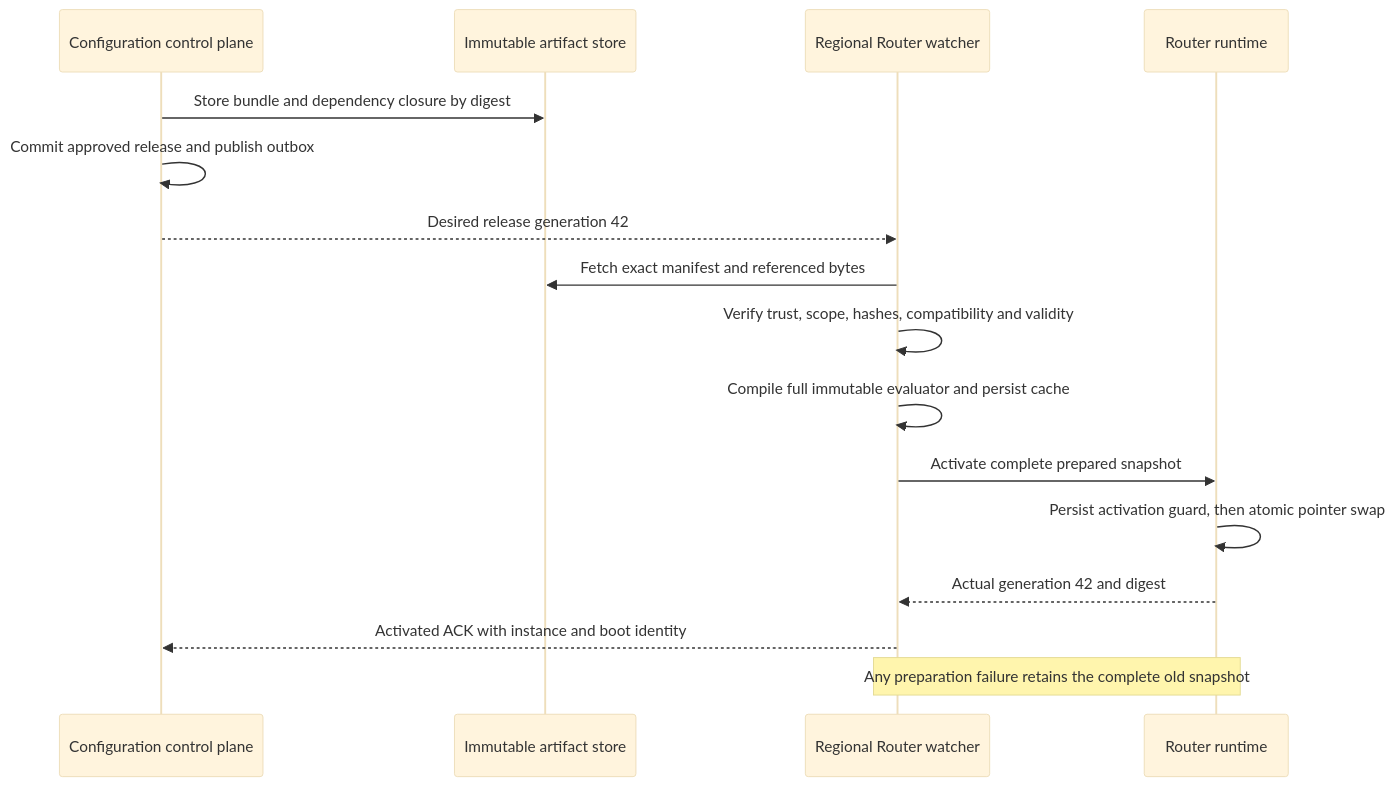
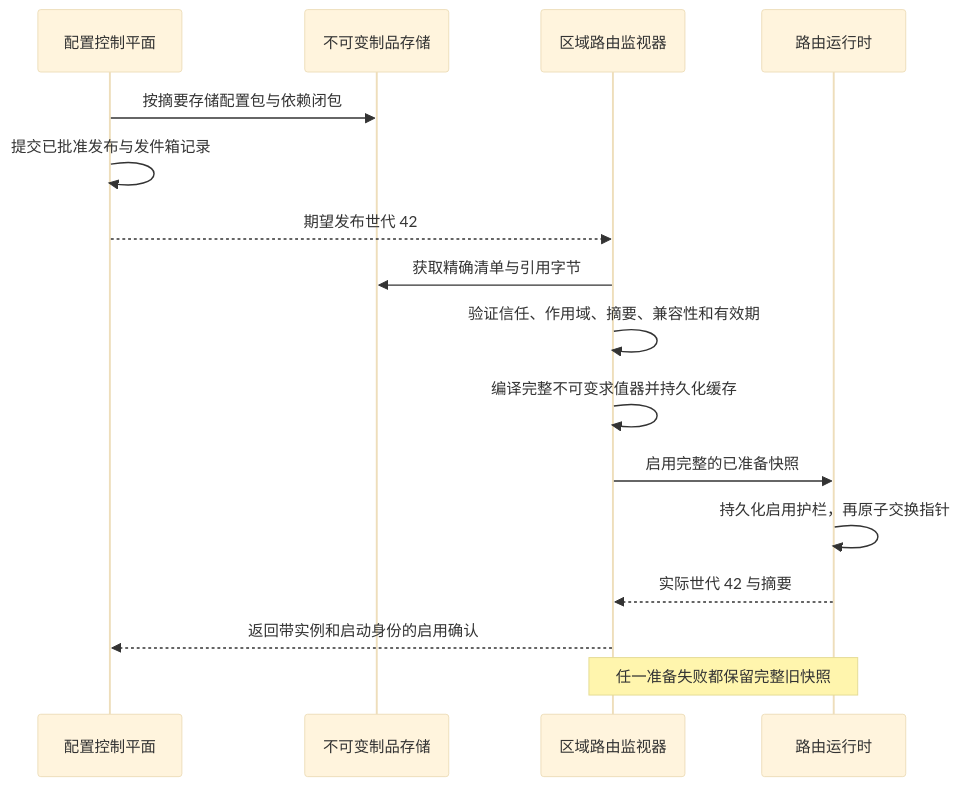
The second of 3 diagrams in part-5-global-routing/configuration-platform.md (YouEclipse/Designing-Modern-Payment-Systems), drawn with Mermaid (base theme) before and after one commit. The commit also changed other lines of this file and 59 other files, not shown here.

````diff
--- a/part-5-global-routing/configuration-platform.md
+++ b/part-5-global-routing/configuration-platform.md
@@ -201,18 +208,18 @@
 ```mermaid
 sequenceDiagram
-    participant C as Configuration control plane
-    participant S as Immutable artifact store
-    participant W as Regional Router watcher
-    participant R as Router runtime
-    C->>S: Store bundle and dependency closure by digest
-    C->>C: Commit approved release and publish outbox
-    C-->>W: Desired release generation 42
-    W->>S: Fetch exact manifest and referenced bytes
-    W->>W: Verify trust, scope, hashes, compatibility and validity
-    W->>W: Compile full immutable evaluator and persist cache
-    W->>R: Activate complete prepared snapshot
-    R->>R: Persist activation guard, then atomic pointer swap
-    R-->>W: Actual generation 42 and digest
-    W-->>C: Activated ACK with instance and boot identity
-    Note over W,R: Any preparation failure retains the complete old snapshot
+    participant C as 配置控制平面
+    participant S as 不可变制品存储
+    participant W as 区域路由监视器
+    participant R as 路由运行时
+    C->>S: 按摘要存储配置包与依赖闭包
+    C->>C: 提交已批准发布与发件箱记录
+    C-->>W: 期望发布世代 42
+    W->>S: 获取精确清单与引用字节
+    W->>W: 验证信任、作用域、摘要、兼容性和有效期
+    W->>W: 编译完整不可变求值器并持久化缓存
+    W->>R: 启用完整的已准备快照
+    R->>R: 持久化启用护栏，再原子交换指针
+    R-->>W: 实际世代 42 与摘要
+    W-->>C: 返回带实例和启动身份的启用确认
+    Note over W,R: 任一准备失败都保留完整旧快照
 ```
````
